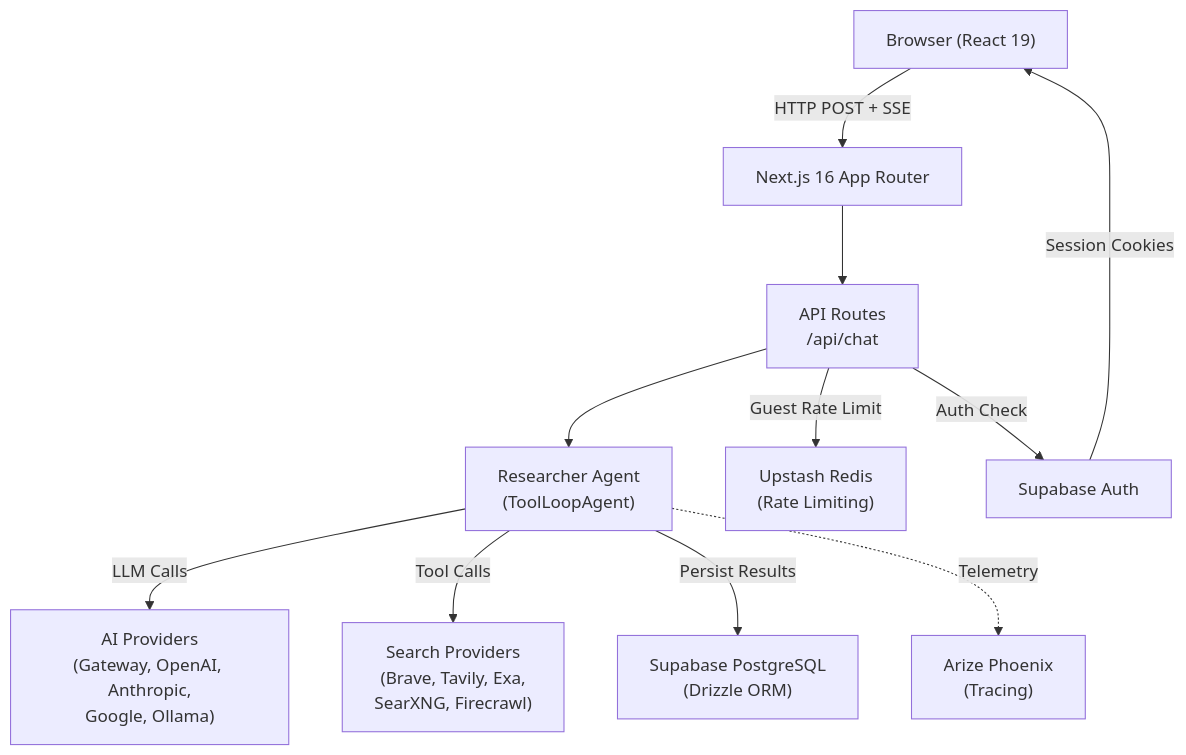
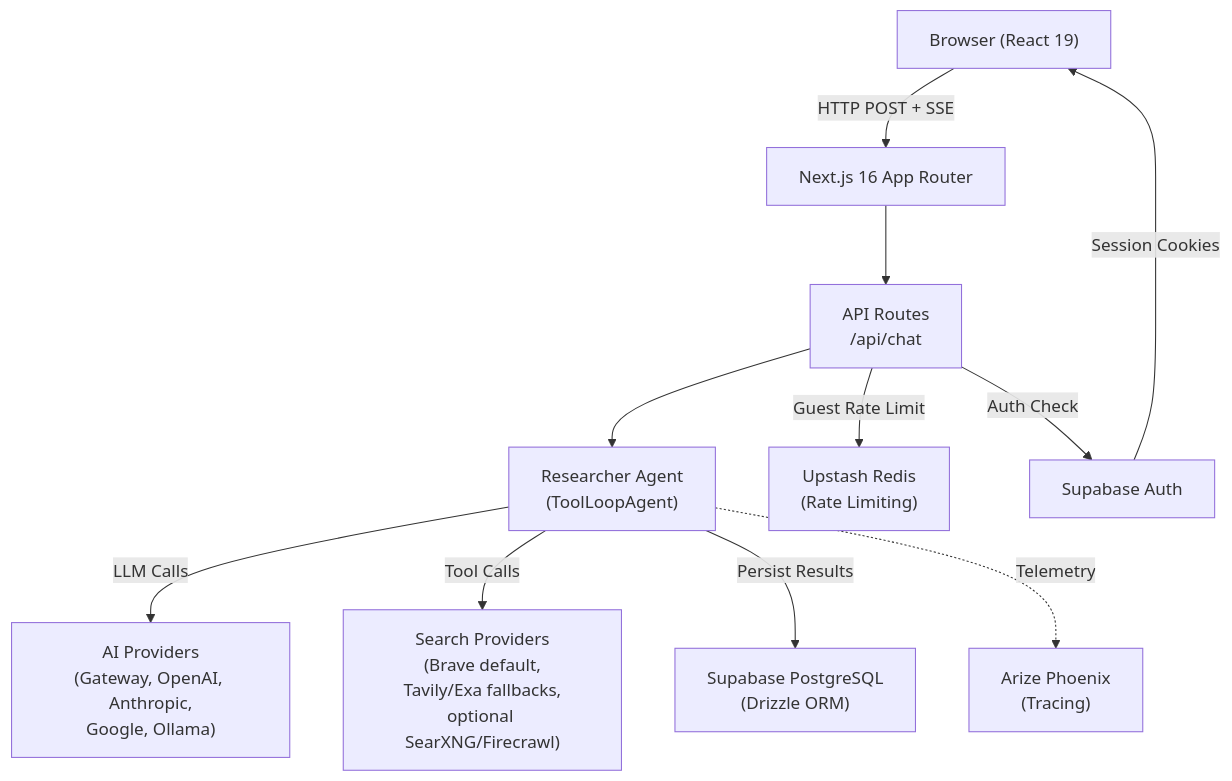
One commit to NickB03/polymorph changed the first of 10 diagrams in docs/architecture/OVERVIEW.md. Above: the diagram before and after it, drawn with Mermaid. The commit also changed other lines of this file and 23 other files, not shown here.

````diff
--- a/docs/architecture/OVERVIEW.md
+++ b/docs/architecture/OVERVIEW.md
@@ -54,24 +54,24 @@
 ```mermaid
 graph TD
     Browser["Browser (React 19)"]
     NextApp["Next.js 16 App Router"]
     API["API Routes<br/>/api/chat"]
     Agent["Researcher Agent<br/>(ToolLoopAgent)"]
     AI["AI Providers<br/>(Gateway, OpenAI, Anthropic,<br/>Google, Ollama)"]
-    Search["Search Providers<br/>(Brave, Tavily, Exa,<br/>SearXNG, Firecrawl)"]
+    Search["Search Providers<br/>(Brave default,<br/>Tavily/Exa fallbacks,<br/>optional SearXNG/Firecrawl)"]
     DB["Supabase PostgreSQL<br/>(Drizzle ORM)"]
     Redis["Upstash Redis<br/>(Rate Limiting)"]
     Auth["Supabase Auth"]
     Phoenix["Arize Phoenix<br/>(Tracing)"]
 
     Browser -->|"HTTP POST + SSE"| NextApp
     NextApp --> API
     API -->|"Auth Check"| Auth
     API -->|"Guest Rate Limit"| Redis
     API --> Agent
     Agent -->|"LLM Calls"| AI
     Agent -->|"Tool Calls"| Search
     Agent -->|"Persist Results"| DB
     Agent -.->|"Telemetry"| Phoenix
     Auth -->|"Session Cookies"| Browser
 ```
````
